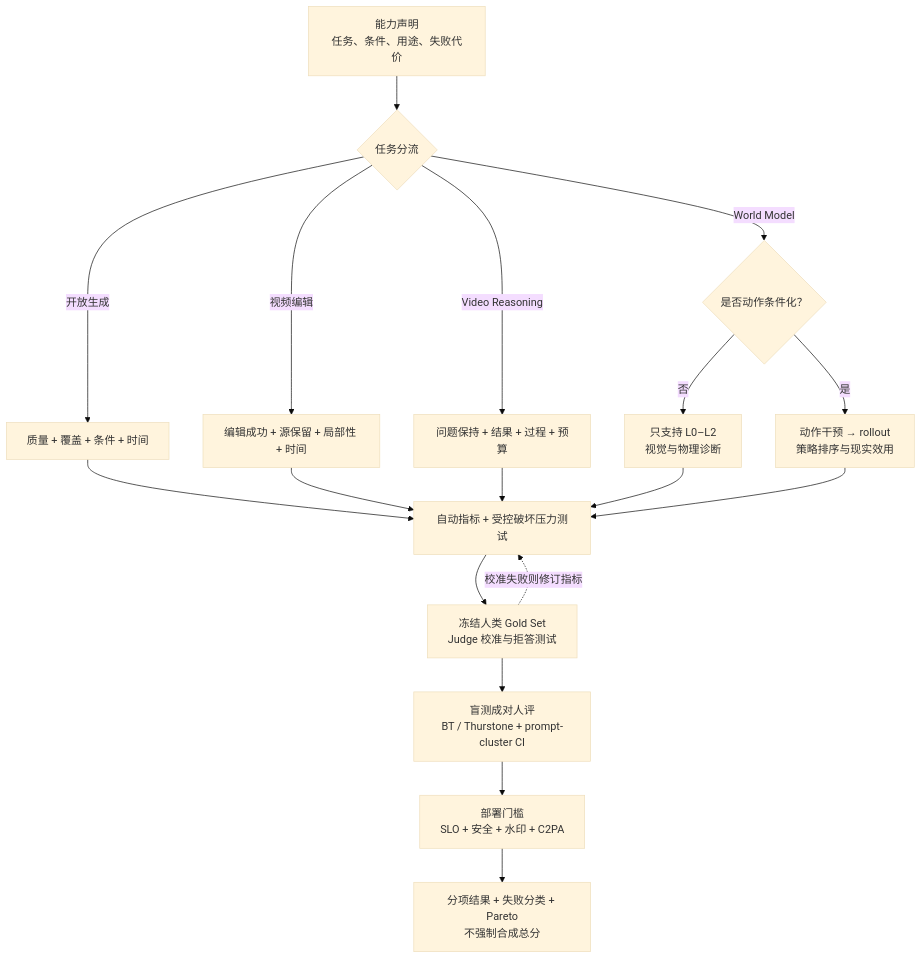
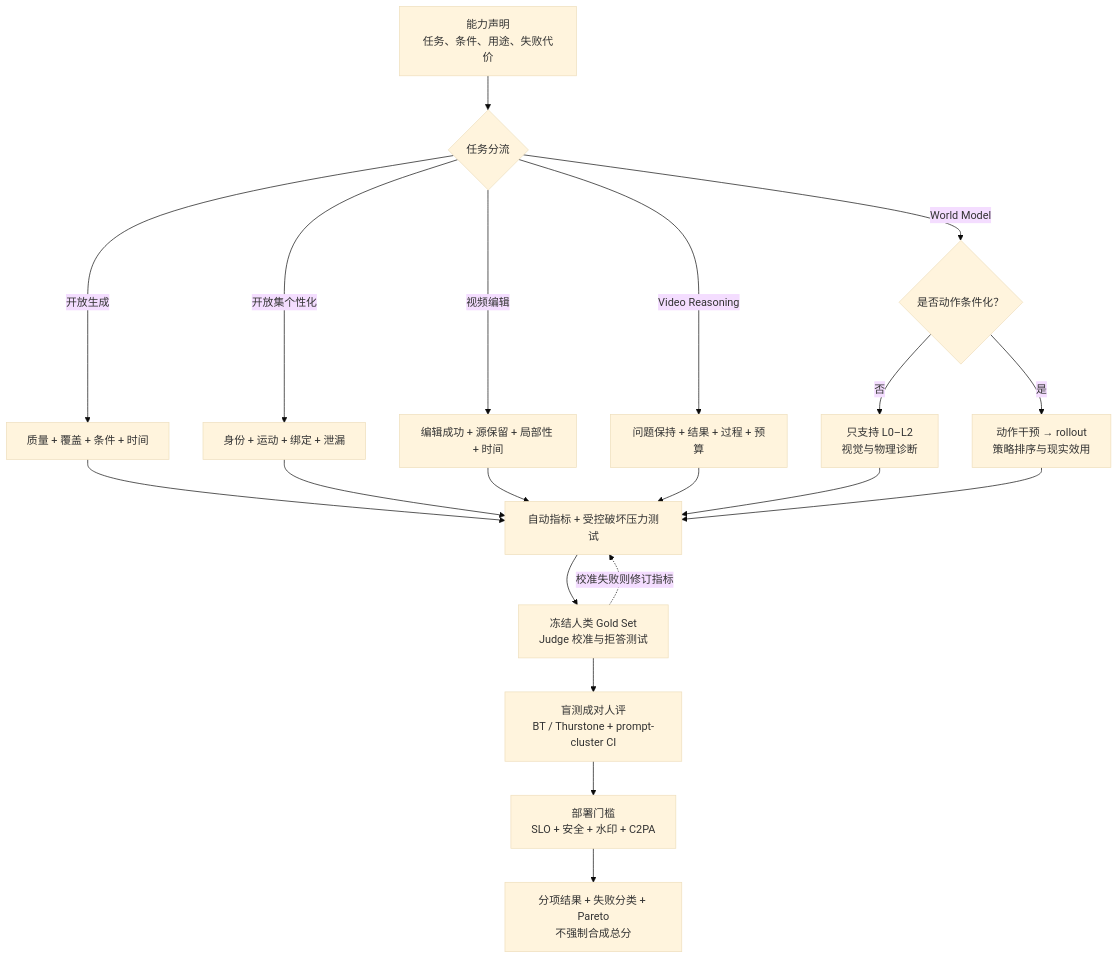
The first of 2 diagrams in docs/evaluation.md (GVCLab/Video-Generation-101), drawn with Mermaid (base theme) before and after one commit. The commit also changed other lines of this file and 19 other files, not shown here.

````diff
--- a/docs/evaluation.md
+++ b/docs/evaluation.md
@@ -31,22 +31,24 @@
 ```mermaid
 flowchart TD
     accTitle: 视频生成评测证据链
-    accDescr: 能力声明先按开放生成、视频编辑、视频推理或世界模型分流，再依次通过自动指标压力测试、冻结人类样本校准、盲测人评和部署门槛，最后只报告分项结果、失败分类与 Pareto；世界模型还需动作干预与闭环证据。
+    accDescr: 能力声明先按开放生成、开放集个性化、视频编辑、视频推理或世界模型分流，再依次通过自动指标压力测试、冻结人类样本校准、盲测人评和部署门槛，最后只报告分项结果、失败分类与 Pareto；世界模型还需动作干预与闭环证据。
     A["能力声明<br/>任务、条件、用途、失败代价"] --> B{"任务分流"}
     B -->|开放生成| G["质量 + 覆盖 + 条件 + 时间"]
+    B -->|开放集个性化| PERS["身份 + 运动 + 绑定 + 泄漏"]
     B -->|视频编辑| E["编辑成功 + 源保留 + 局部性 + 时间"]
     B -->|Video Reasoning| R["问题保持 + 结果 + 过程 + 预算"]
     B -->|World Model| W{"是否动作条件化？"}
     W -->|否| W0["只支持 L0–L2<br/>视觉与物理诊断"]
     W -->|是| W1["动作干预 → rollout<br/>策略排序与现实效用"]
     G --> M["自动指标 + 受控破坏压力测试"]
+    PERS --> M
     E --> M
     R --> M
     W0 --> M
     W1 --> M
     M --> J["冻结人类 Gold Set<br/>Judge 校准与拒答测试"]
     J --> H["盲测成对人评<br/>BT / Thurstone + prompt-cluster CI"]
     H --> S["部署门槛<br/>SLO + 安全 + 水印 + C2PA"]
     S --> P["分项结果 + 失败分类 + Pareto<br/>不强制合成总分"]
     J -.->|校准失败则修订指标| M
 ```
````
